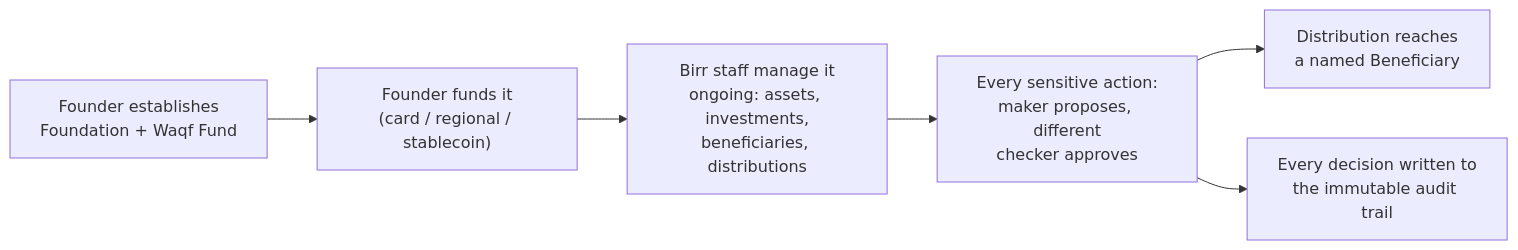
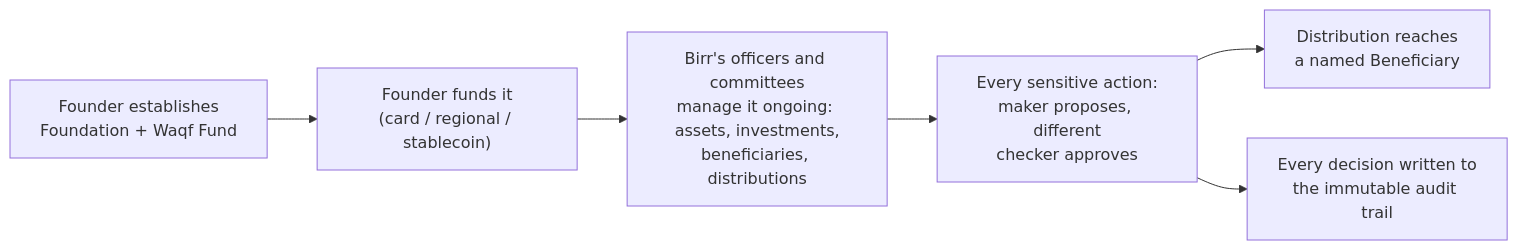
Before and after one commit to hahu07/birr: the diagram in apps/docs/docs/waqf-funds.md, drawn with Mermaid. The commit also changed other lines of this file and 1 other file, not shown here.

First line of the commit message:
Say who actually decides, instead of "Birr staff", in the Founder docs

````diff
--- a/apps/docs/docs/waqf-funds.md
+++ b/apps/docs/docs/waqf-funds.md
@@ -69,8 +69,8 @@
 ```mermaid
 flowchart LR
     A["Founder establishes<br/>Foundation + Waqf Fund"] --> B["Founder funds it<br/>(card / regional / stablecoin)"]
-    B --> C["Birr staff manage it<br/>ongoing: assets, investments,<br/>beneficiaries, distributions"]
+    B --> C["Birr's officers and committees<br/>manage it ongoing: assets, investments,<br/>beneficiaries, distributions"]
     C --> D["Every sensitive action:<br/>maker proposes, different<br/>checker approves"]
     D --> E["Distribution reaches<br/>a named Beneficiary"]
     D --> F["Every decision written to<br/>the immutable audit trail"]
 ```
````
